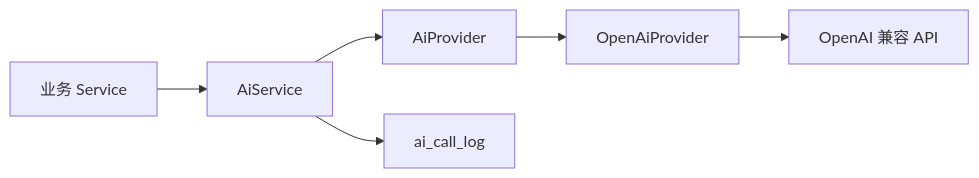
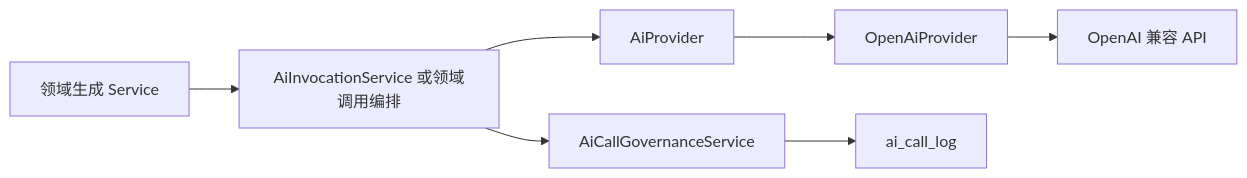
One commit to umico8832/LearnPlatform changed the first of 2 diagrams in docs/architecture/ai-system.md. Above: the diagram before and after it, drawn with Mermaid. The commit also changed other lines of this file and 17 other files, not shown here.

````diff
--- a/docs/architecture/ai-system.md
+++ b/docs/architecture/ai-system.md
@@ -9,8 +9,9 @@
 ```mermaid
 flowchart LR
-    Feature["业务 Service"] --> AiService
-    AiService --> Provider["AiProvider"]
+    Feature["领域生成 Service"] --> Invoke["AiInvocationService 或领域调用编排"]
+    Invoke --> Provider["AiProvider"]
     Provider --> OpenAI["OpenAiProvider"]
     OpenAI --> Upstream["OpenAI 兼容 API"]
-    AiService --> Log["ai_call_log"]
+    Invoke --> Governance["AiCallGovernanceService"]
+    Governance --> Log["ai_call_log"]
 ```
````
